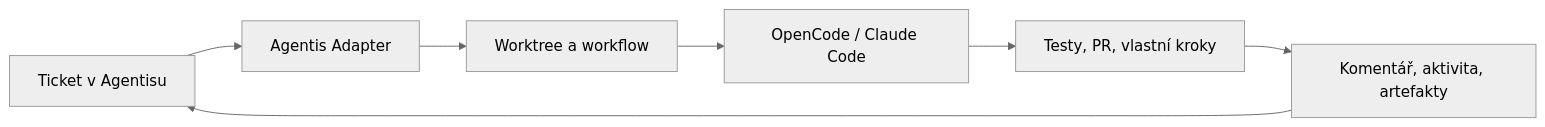
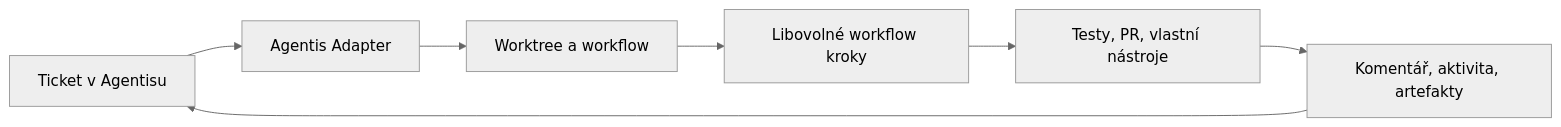
The diagram in README.md (ondrejnov/agentis-adapter), drawn with Mermaid (neutral theme) before and after one commit. The commit also changed other lines of this file and 31 other files, not shown here.

````diff
--- a/README.md
+++ b/README.md
@@ -19,9 +19,9 @@
 ```mermaid
 flowchart LR
     ticket["Ticket v Agentisu"] --> adapter["Agentis Adapter"]
     adapter --> workspace["Worktree a workflow"]
-    workspace --> agent["OpenCode / Claude Code"]
-    agent --> checks["Testy, PR, vlastní kroky"]
+    workspace --> steps["Libovolné workflow kroky"]
+    steps --> checks["Testy, PR, vlastní nástroje"]
     checks --> result["Komentář, aktivita, artefakty"]
     result --> ticket
 ```
````
